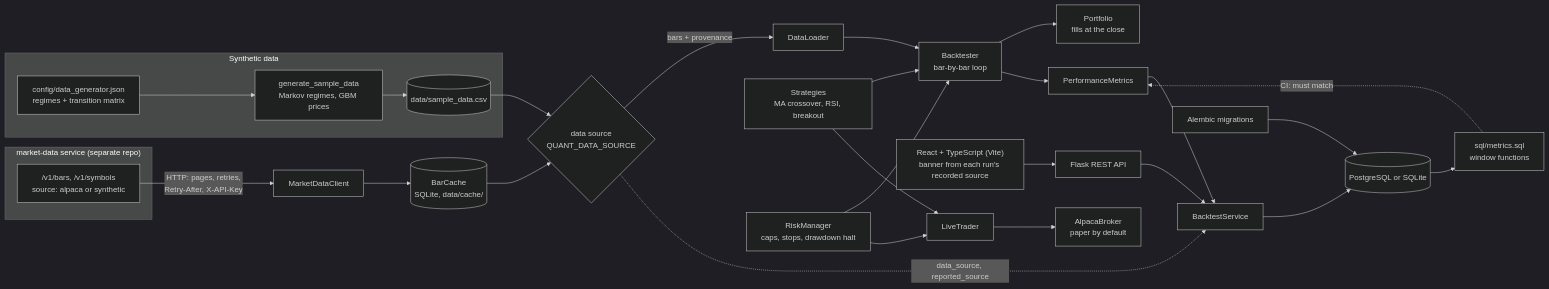
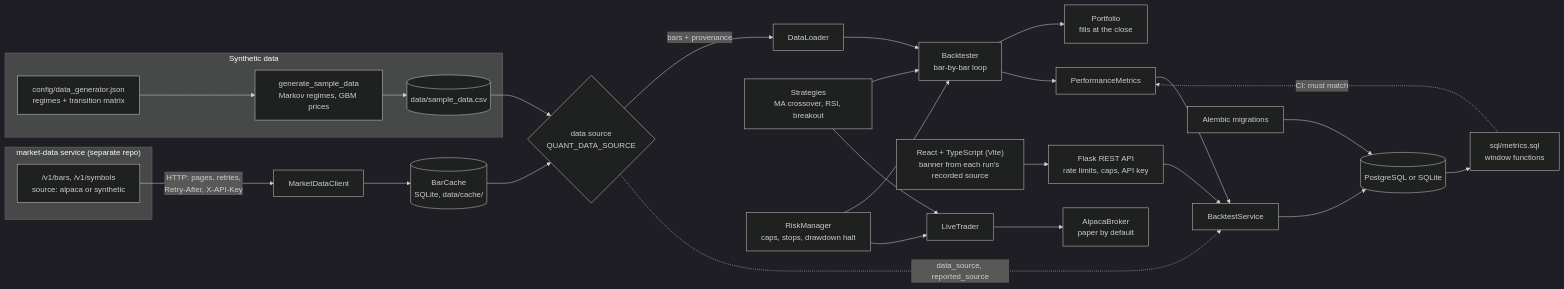
One commit to lokaz-c/quant changed the diagram in README.md. Above: the diagram before and after it, drawn with Mermaid (dark theme). The commit also changed other lines of this file, not shown here.

````diff
--- a/README.md
+++ b/README.md
@@ -20,31 +20,31 @@
 ```mermaid
 flowchart LR
     subgraph data["Synthetic data"]
         cfg["config/data_generator.json<br/>regimes + transition matrix"] --> gen["generate_sample_data<br/>Markov regimes, GBM prices"]
         gen --> csv[("data/sample_data.csv")]
     end
     subgraph md["market-data service (separate repo)"]
         mdapi["/v1/bars, /v1/symbols<br/>source: alpaca or synthetic"]
     end
     mdapi -- "HTTP: pages, retries,<br/>Retry-After, X-API-Key" --> client["MarketDataClient"]
     client --> cache[("BarCache<br/>SQLite, data/cache/")]
     csv --> switch{"data source<br/>QUANT_DATA_SOURCE"}
     cache --> switch
     switch -- "bars + provenance" --> loader["DataLoader"]
     loader --> engine["Backtester<br/>bar-by-bar loop"]
     strategies["Strategies<br/>MA crossover, RSI, breakout"] --> engine
     risk["RiskManager<br/>caps, stops, drawdown halt"] --> engine
     engine --> portfolio["Portfolio<br/>fills at the close"]
     engine --> metrics["PerformanceMetrics"]
     metrics --> service["BacktestService"]
     switch -. "data_source, reported_source" .-> service
     service --> db[("PostgreSQL or SQLite")]
     migrations["Alembic migrations"] --> db
     db --> sqlcheck["sql/metrics.sql<br/>window functions"]
     sqlcheck -. "CI: must match" .-> metrics
-    api["Flask REST API"] --> service
+    api["Flask REST API<br/>rate limits, caps, API key"] --> service
     ui["React + TypeScript (Vite)<br/>banner from each run's recorded source"] --> api
     strategies --> trader["LiveTrader"]
     risk --> trader
     trader --> broker["AlpacaBroker<br/>paper by default"]
 ```
````
